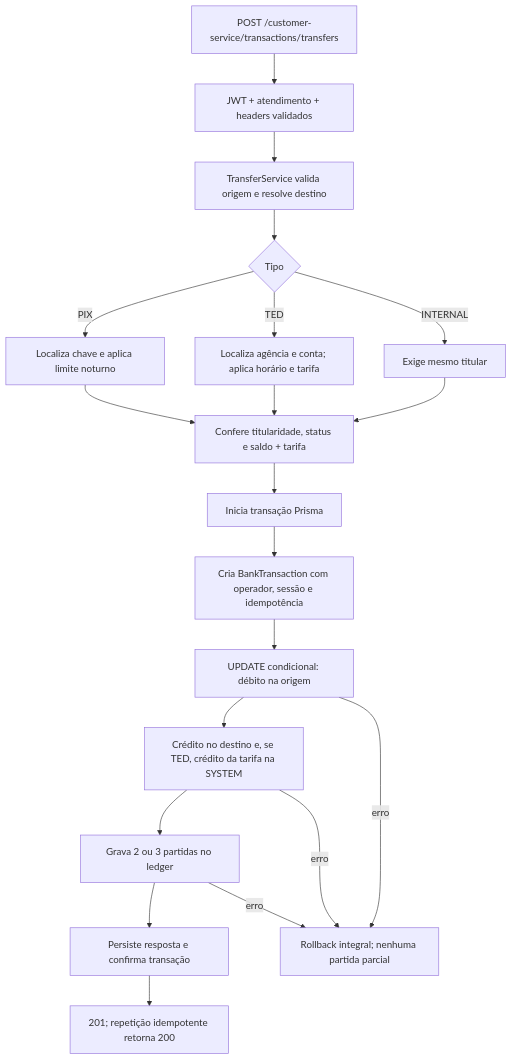
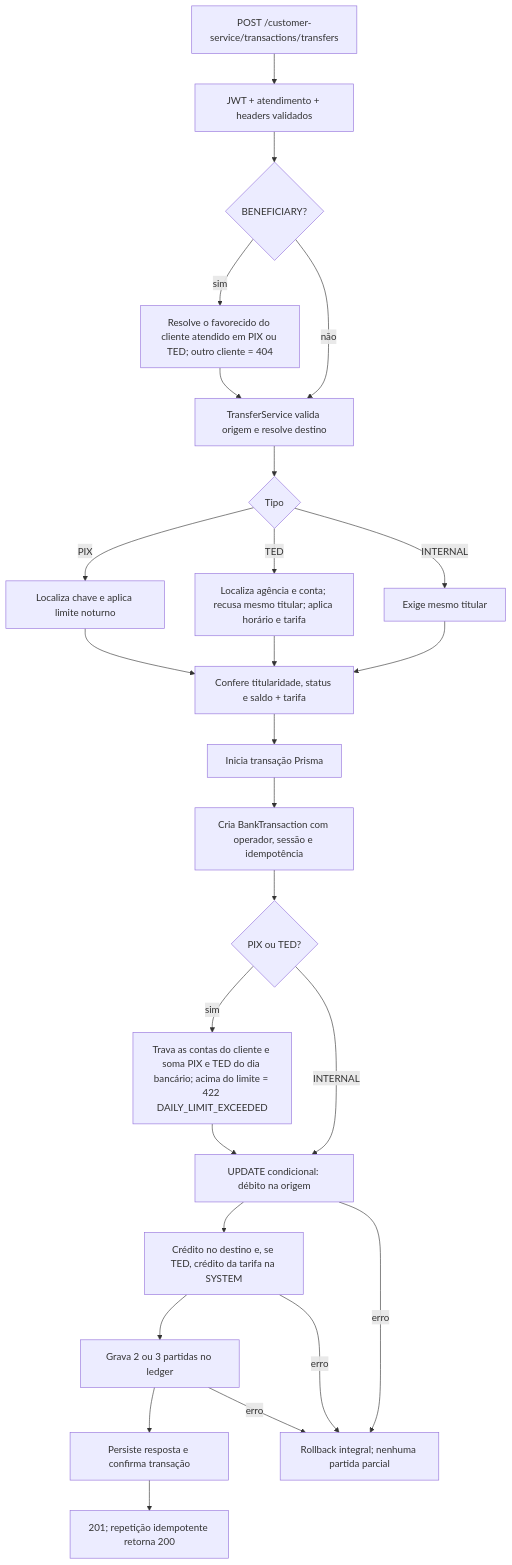
The third of 3 diagrams in docs/API_FLOWS.md (raul4223/api-bancaria-p2), drawn with Mermaid before and after one commit. The commit also changed other lines of this file, not shown here.

Commit message:
Incluir favorecido e limite diário no fluxo de transferência (P12)

````diff
--- a/docs/API_FLOWS.md
+++ b/docs/API_FLOWS.md
@@ -55,22 +55,28 @@
 ```mermaid
 flowchart TD
   A[POST /customer-service/transactions/transfers] --> B[JWT + atendimento + headers validados]
-  B --> C[TransferService valida origem e resolve destino]
+  B --> B2{BENEFICIARY?}
+  B2 -->|sim| B3[Resolve o favorecido do cliente atendido em PIX ou TED; outro cliente = 404]
+  B2 -->|não| C
+  B3 --> C[TransferService valida origem e resolve destino]
   C --> D{Tipo}
   D -->|PIX| E[Localiza chave e aplica limite noturno]
-  D -->|TED| F[Localiza agência e conta; aplica horário e tarifa]
+  D -->|TED| F[Localiza agência e conta; recusa mesmo titular; aplica horário e tarifa]
   D -->|INTERNAL| G[Exige mesmo titular]
   E --> H[Confere titularidade, status e saldo + tarifa]
   F --> H
   G --> H
   H --> I[Inicia transação Prisma]
   I --> J[Cria BankTransaction com operador, sessão e idempotência]
-  J --> K[UPDATE condicional: débito na origem]
+  J --> J2{PIX ou TED?}
+  J2 -->|sim| J3[Trava as contas do cliente e soma PIX e TED do dia bancário; acima do limite = 422 DAILY_LIMIT_EXCEEDED]
+  J2 -->|INTERNAL| K
+  J3 --> K[UPDATE condicional: débito na origem]
   K --> L[Crédito no destino e, se TED, crédito da tarifa na SYSTEM]
   L --> M[Grava 2 ou 3 partidas no ledger]
   M --> N[Persiste resposta e confirma transação]
   N --> O[201; repetição idempotente retorna 200]
   K -->|erro| P[Rollback integral; nenhuma partida parcial]
   L -->|erro| P
   M -->|erro| P
 ```
````
